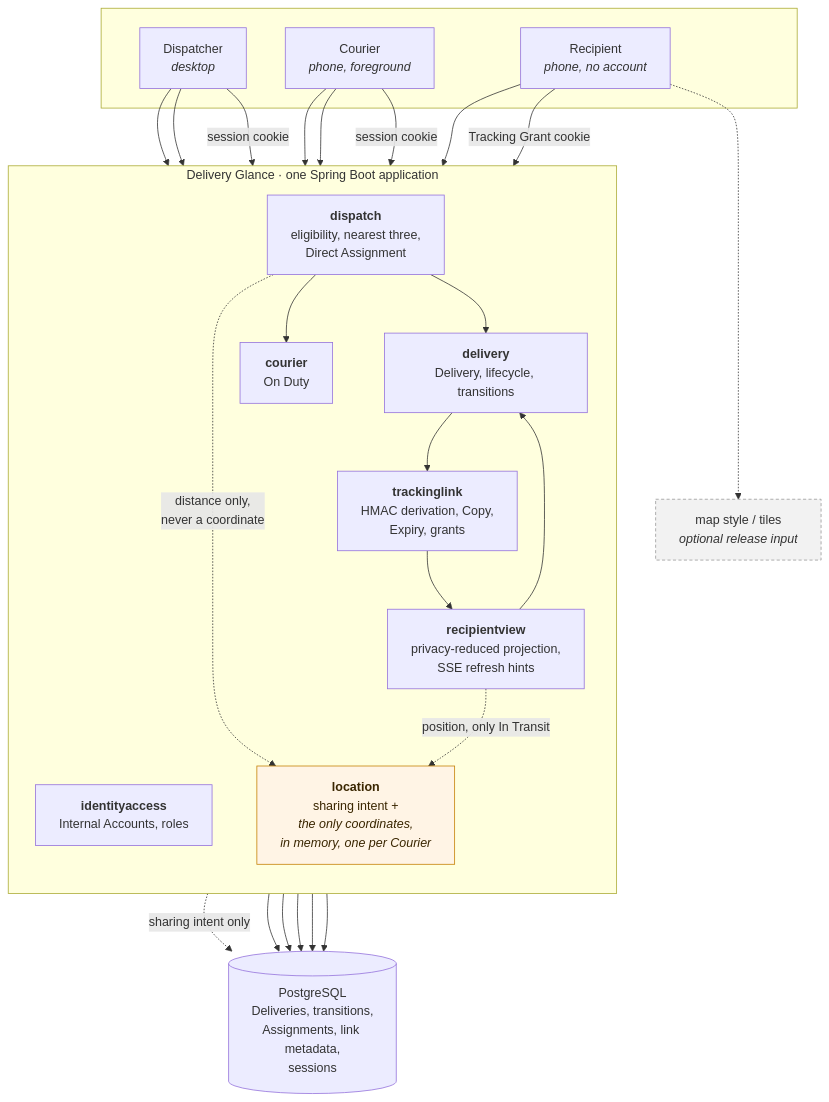
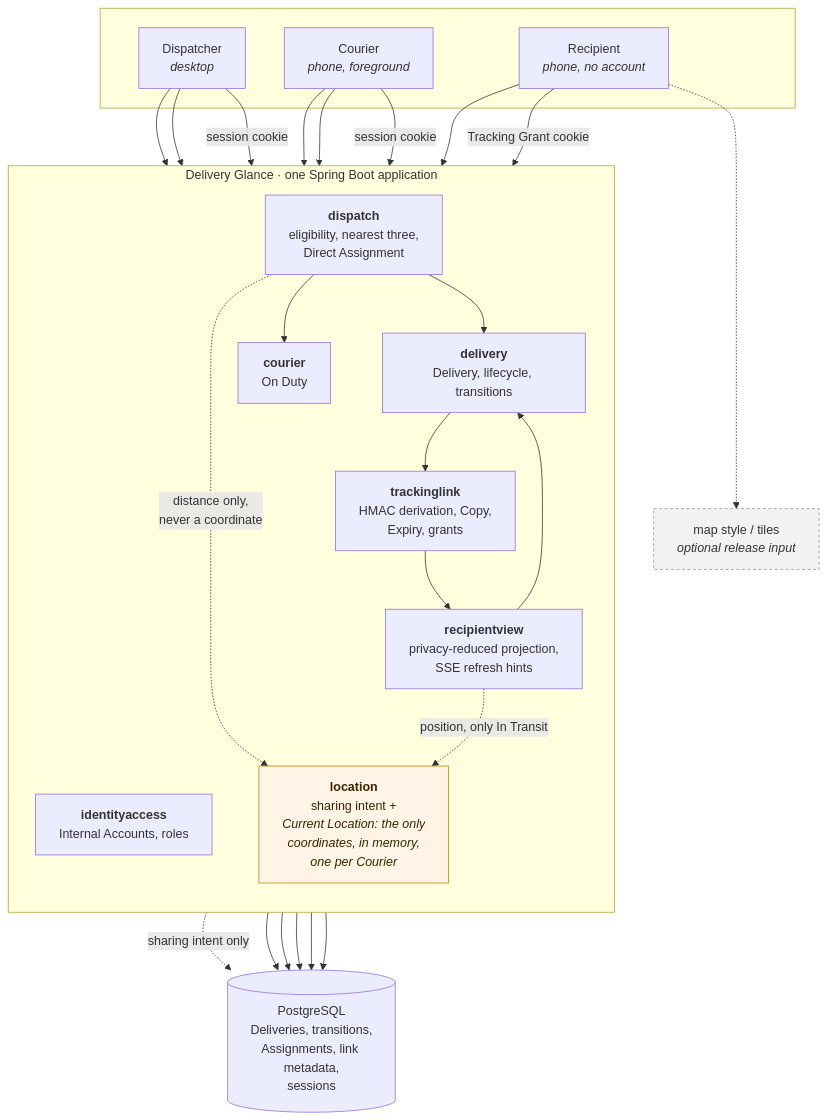
The first of 2 diagrams in docs/architecture.md (Jamiedz999/delivery-glance), drawn with Mermaid before and after one commit. The commit also changed other lines of this file and 16 other files, not shown here.

````diff
--- a/docs/architecture.md
+++ b/docs/architecture.md
@@ -16,53 +16,53 @@
 ```mermaid
 flowchart TB
     subgraph clients[" "]
         dispatcher["Dispatcher<br/><i>desktop</i>"]
         courier["Courier<br/><i>phone, foreground</i>"]
         recipient["Recipient<br/><i>phone, no account</i>"]
     end
 
     subgraph app["Delivery Glance · one Spring Boot application"]
         direction TB
         identityaccess["<b>identityaccess</b><br/>Internal Accounts, roles"]
         delivery["<b>delivery</b><br/>Delivery, lifecycle, transitions"]
         dispatchmod["<b>dispatch</b><br/>eligibility, nearest three,<br/>Direct Assignment"]
         couriermod["<b>courier</b><br/>On Duty"]
-        location["<b>location</b><br/>sharing intent +<br/><i>the only coordinates,<br/>in memory, one per Courier</i>"]
+        location["<b>location</b><br/>sharing intent +<br/><i>Current Location: the only<br/>coordinates, in memory,<br/>one per Courier</i>"]
         trackinglink["<b>trackinglink</b><br/>HMAC derivation, Copy,<br/>Expiry, grants"]
         recipientview["<b>recipientview</b><br/>privacy-reduced projection,<br/>SSE refresh hints"]
     end
 
     postgres[("PostgreSQL<br/>Deliveries, transitions,<br/>Assignments, link metadata,<br/>sessions")]
     tiles["map style / tiles<br/><i>optional release input</i>"]
 
     dispatcher -->|"session cookie"| identityaccess
     courier -->|"session cookie"| identityaccess
     recipient -->|"Tracking Grant cookie"| trackinglink
 
     dispatcher --> delivery
     dispatcher --> dispatchmod
     courier --> couriermod
     courier --> location
     recipient --> recipientview
 
     dispatchmod --> delivery
     dispatchmod --> couriermod
     dispatchmod -.->|"distance only,<br/>never a coordinate"| location
     delivery --> trackinglink
     recipientview --> delivery
     recipientview -.->|"position, only In Transit"| location
     trackinglink --> recipientview
 
     delivery --> postgres
     dispatchmod --> postgres
     couriermod --> postgres
     trackinglink --> postgres
     identityaccess --> postgres
     location -.->|"sharing intent only"| postgres
     recipient -.-> tiles
 
     classDef memory fill:#fff4e5,stroke:#c47f00,color:#3a2600
     classDef optional fill:#f2f2f2,stroke:#999,color:#333,stroke-dasharray:4 3
     class location memory
     class tiles optional
 ```
````
